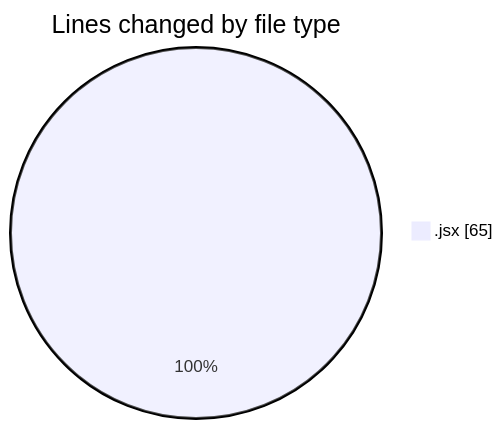
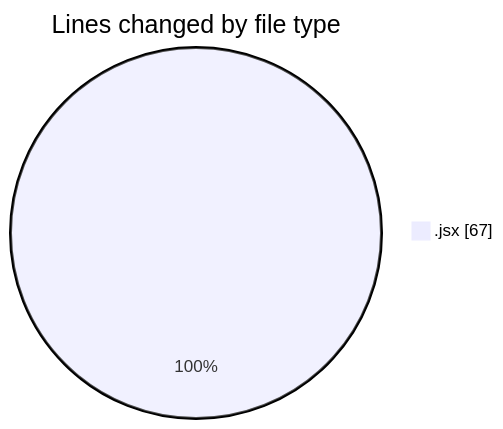
The first of 2 diagrams in 2025-06-17/nxtqube_webapp/README.md (nxtqubesakshisongat/code-tracking), drawn with Mermaid before and after one commit. The commit also changed other lines of this file and 1 other file, not shown here.

````diff
--- a/2025-06-17/nxtqube_webapp/README.md
+++ b/2025-06-17/nxtqube_webapp/README.md
@@ -20,5 +20,5 @@
 ```mermaid
 pie showData
 title Lines changed by file type
-".jsx" : 65
+".jsx" : 67
 ```
````
